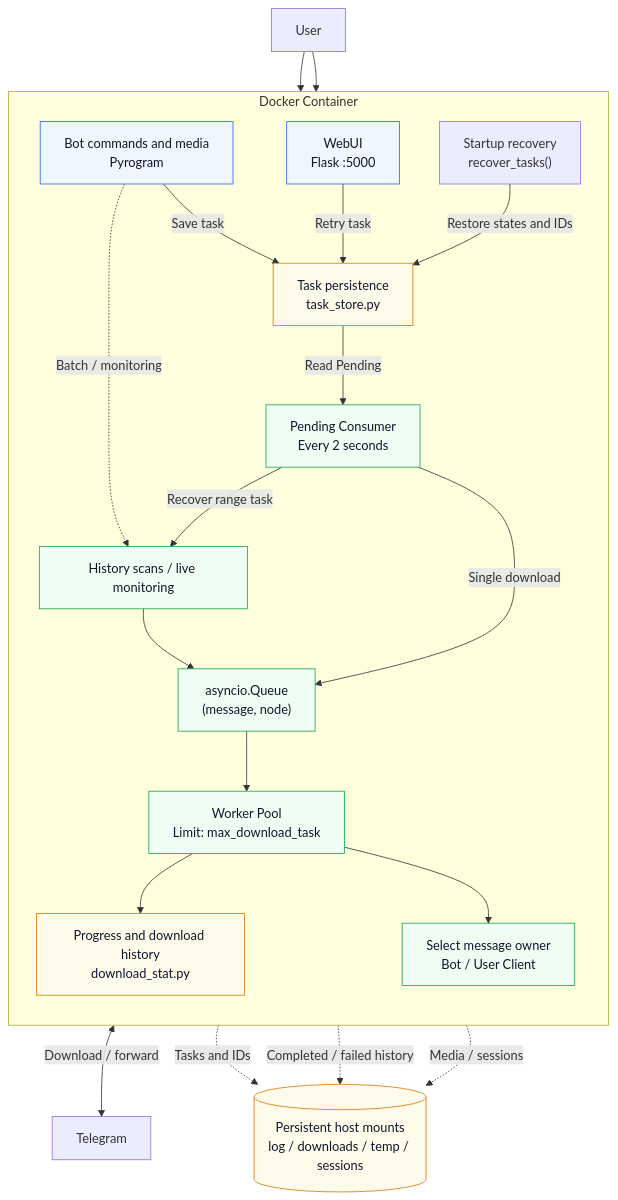
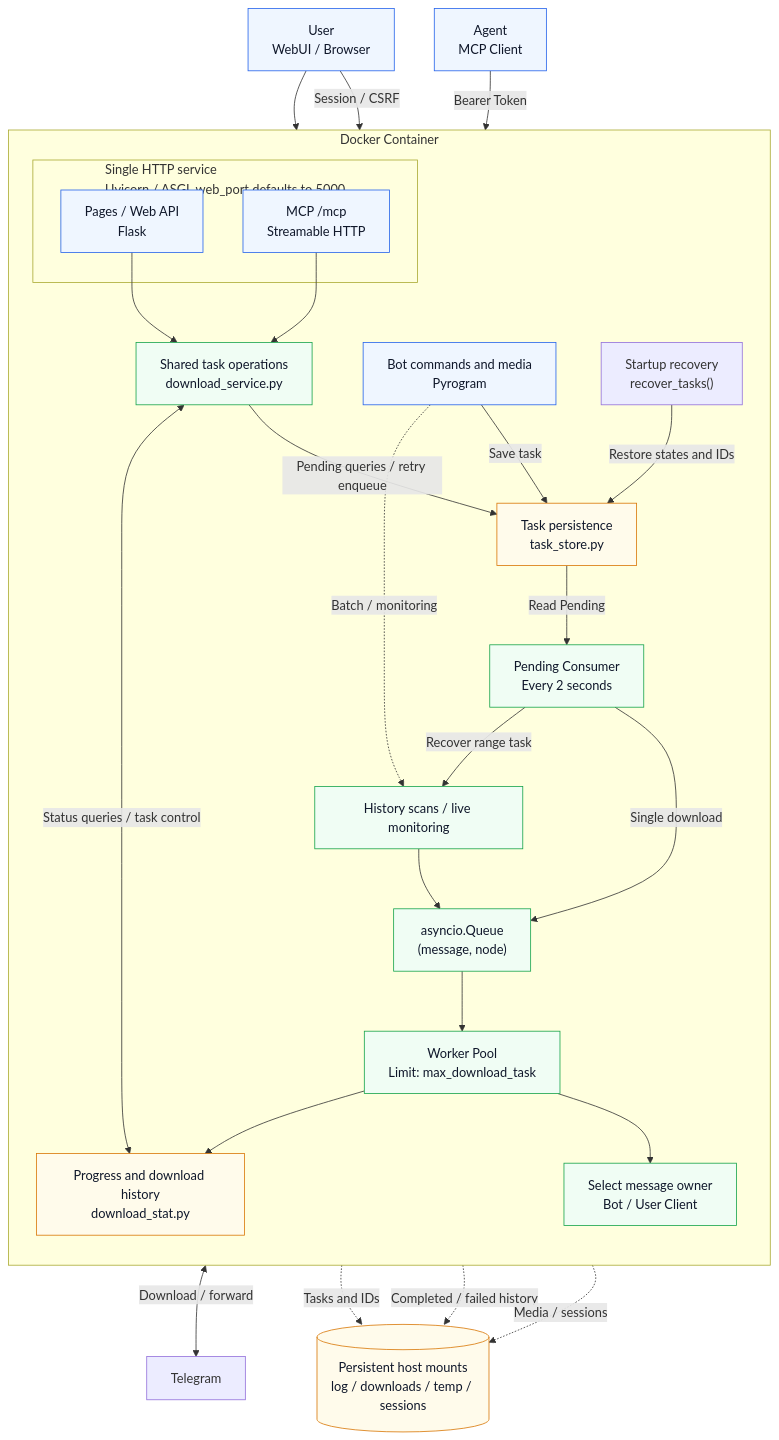
One commit to smilekevin/TGPorter changed the third of 4 diagrams in README.md. Above: the diagram before and after it, drawn with Mermaid. The commit also changed other lines of this file and 12 other files, not shown here.

Commit message:
feat: integrate authenticated MCP tools into the web server

````diff
--- a/README.md
+++ b/README.md
@@ -541,46 +582,55 @@
 ```mermaid
 flowchart TB
-    User["User"]
+    User["User<br/>WebUI / Browser"]
+    Agent["Agent<br/>MCP Client"]
     Telegram["Telegram"]
 
     subgraph Container["Docker Container"]
         direction TB
         Bot["Bot commands and media<br/>Pyrogram"]
-        Web["WebUI<br/>Flask :5000"]
+        subgraph HTTP["Single HTTP service<br/>Uvicorn / ASGI, web_port defaults to 5000"]
+            API["Pages / Web API<br/>Flask"]
+            MCP["MCP /mcp<br/>Streamable HTTP"]
+        end
+        Service["Shared task operations<br/>download_service.py"]
         Store["Task persistence<br/>task_store.py"]
         Recovery["Startup recovery<br/>recover_tasks()"]
         Consumer["Pending Consumer<br/>Every 2 seconds"]
         Scan["History scans / live monitoring"]
         Queue["asyncio.Queue<br/>(message, node)"]
         Workers["Worker Pool<br/>Limit: max_download_task"]
         Clients["Select message owner<br/>Bot / User Client"]
         Stats["Progress and download history<br/>download_stat.py"]
     end
 
     Data[("Persistent host mounts<br/>log / downloads / temp / sessions")]
 
     User --> Bot
-    User --> Web
+    User -->|Session / CSRF| API
+    Agent -->|Bearer Token| MCP
+    API --> Service
+    MCP --> Service
     Bot -->|Save task| Store
-    Web -->|Retry task| Store
+    Service -->|Pending queries / retry enqueue| Store
+    Service <-->|Status queries / task control| Stats
     Recovery -->|Restore states and IDs| Store
     Store -->|Read Pending| Consumer
     Consumer -->|Single download| Queue
     Consumer -->|Recover range task| Scan
     Bot -.->|Batch / monitoring| Scan
     Scan --> Queue
     Queue --> Workers
     Workers --> Clients
     Clients <-->|Download / forward| Telegram
     Workers --> Stats
     Store -.->|Tasks and IDs| Data
     Stats -.->|Completed / failed history| Data
     Clients -.->|Media / sessions| Data
 
     classDef entry fill:#eff6ff,stroke:#2563eb,color:#0f172a
     classDef pipeline fill:#f0fdf4,stroke:#16a34a,color:#0f172a
     classDef storage fill:#fffbeb,stroke:#d97706,color:#0f172a
-    class Bot,Web entry
-    class Consumer,Scan,Queue,Workers,Clients pipeline
+    class User,Bot,API,Agent,MCP entry
+    class Service,Consumer,Scan,Queue,Workers,Clients pipeline
     class Store,Stats,Data storage
 ```
````
